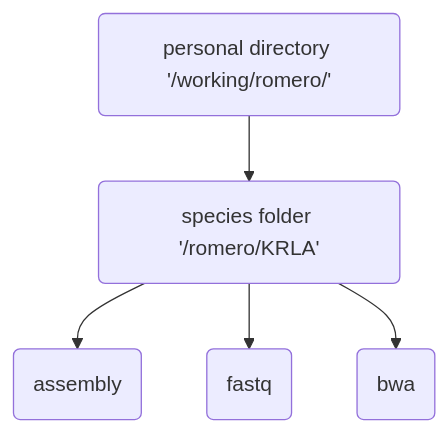
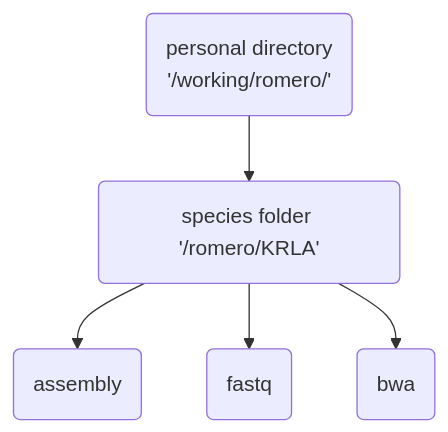
The diagram in KRLA_lab_meetings_workflow/README.md (tparchman/lab), drawn with Mermaid before and after one commit.

````diff
--- a/KRLA_lab_meetings_workflow/README.md
+++ b/KRLA_lab_meetings_workflow/README.md
@@ -35,7 +35,7 @@
 ```mermaid
 flowchart TD;
-    A(personal directory '/working/romero/') --> B(species folder '/romero/KRLA')
+    A(personal directory <br> '/working/romero/') --> B(species folder '/romero/KRLA')
     B --> C(assembly)
     B --> D(fastq)
     B --> E(bwa)
 ```
````
